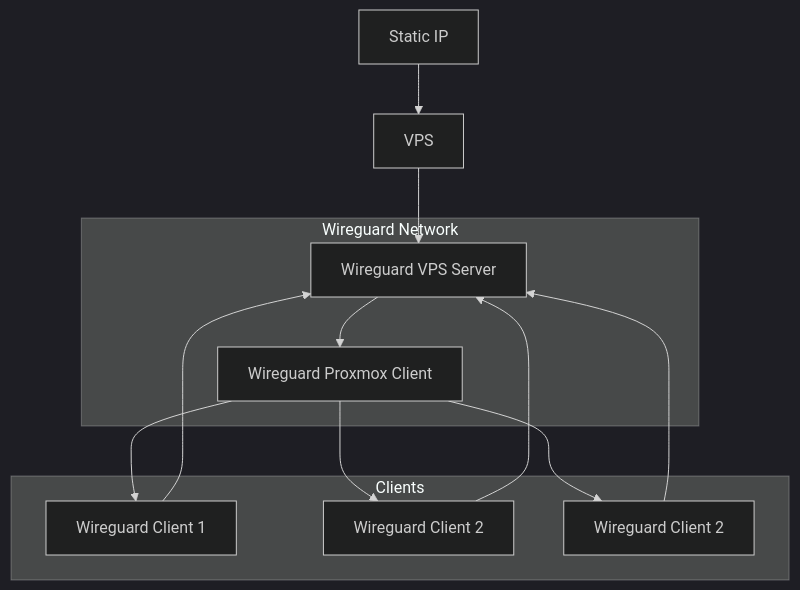
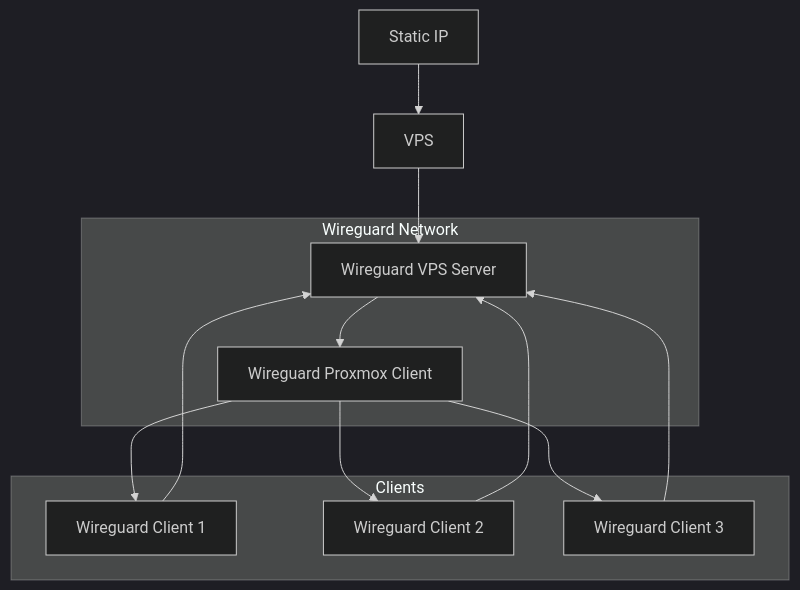
Before and after one commit to Umi4Life/umi4.life: the diagram in content/posts/wireguard-network-setup/index.md, drawn with Mermaid (dark theme). The commit also changed other lines of this file, not shown here.

````diff
--- a/content/posts/wireguard-network-setup/index.md
+++ b/content/posts/wireguard-network-setup/index.md
@@ -23,24 +23,24 @@
 ```mermaid
 flowchart TD
 
     %% Entry
     A[Static IP] --> B[VPS]
     B --> C[Wireguard VPS Server]
 
     %% Core
     subgraph Wireguard Network
         C --> D[Wireguard Proxmox Client]
     end
 
     %% Core
     subgraph Clients
         E[Wireguard Client 1] --> C
         F[Wireguard Client 2] --> C
-        G[Wireguard Client 2] --> C
+        G[Wireguard Client 3] --> C
     end
 
     %% Advertise
     D --> E
     D --> F
     D --> G
 ```
````
